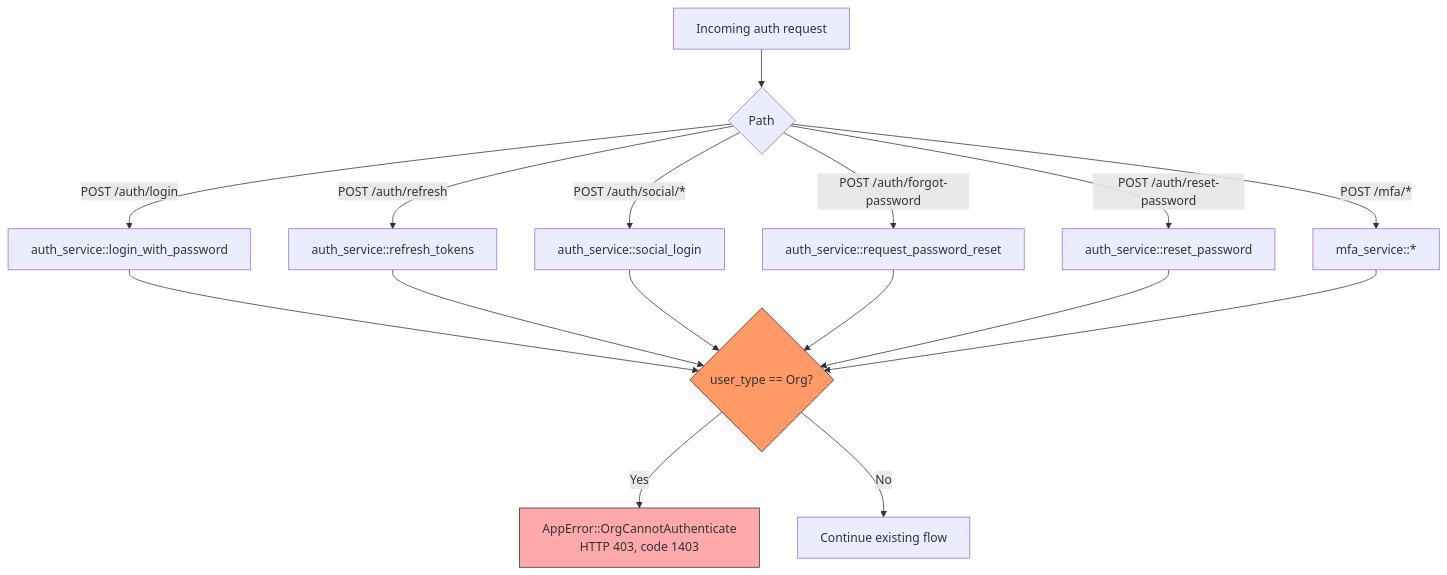
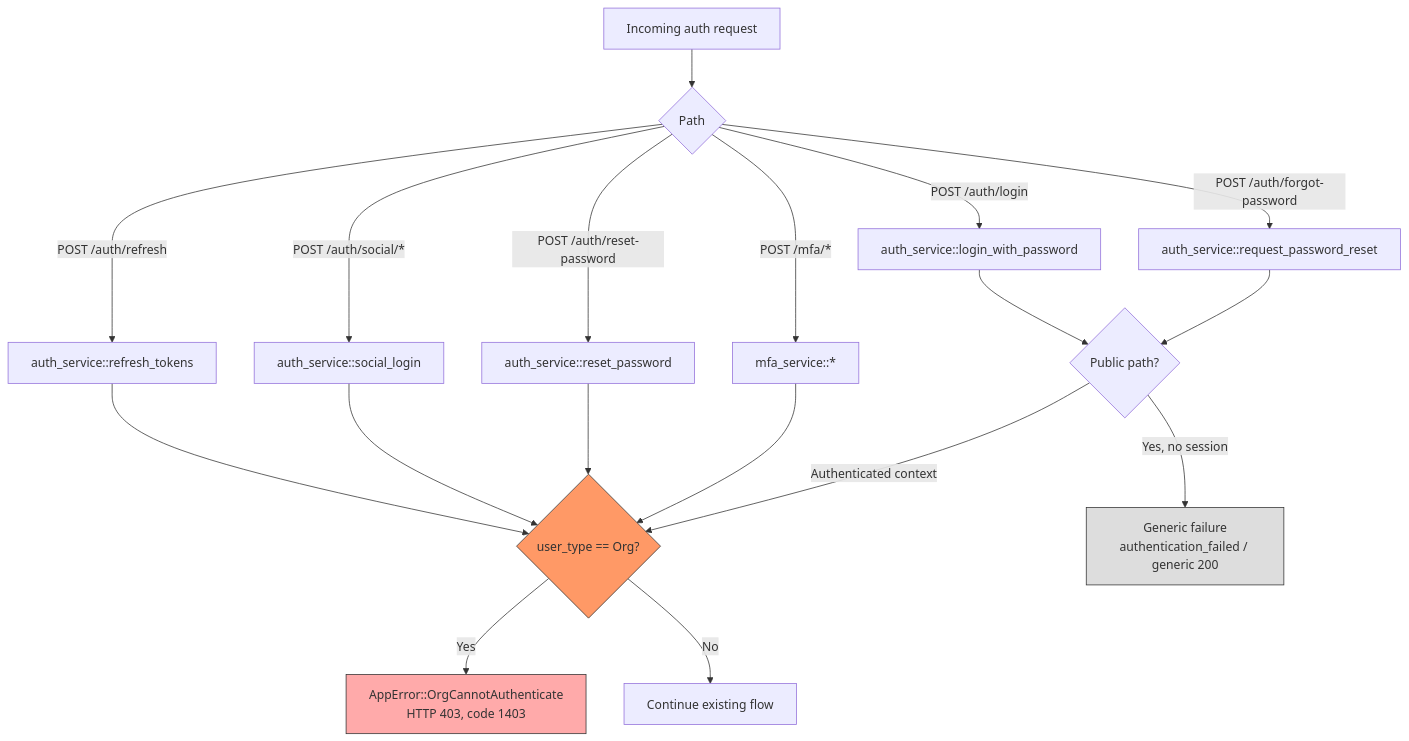
One commit to yonasBSD/NyxID changed the third of 4 diagrams in docs/ORG_MODEL.md. Above: the diagram before and after it, drawn with Mermaid. The commit also changed other lines of this file, not shown here.

First line of the commit message:
docs(orgs): clarify OrgCannotAuthenticate vs anti-enumeration (#424)

````diff
--- a/docs/ORG_MODEL.md
+++ b/docs/ORG_MODEL.md
@@ -204,23 +204,27 @@
 ```mermaid
 flowchart TD
     A[Incoming auth request] --> B{Path}
     B -->|POST /auth/login| C[auth_service::login_with_password]
     B -->|POST /auth/refresh| D[auth_service::refresh_tokens]
     B -->|POST /auth/social/*| E[auth_service::social_login]
     B -->|POST /auth/forgot-password| F[auth_service::request_password_reset]
     B -->|POST /auth/reset-password| G[auth_service::reset_password]
     B -->|POST /mfa/*| H[mfa_service::*]
 
-    C --> X{user_type == Org?}
+    C --> PUB{Public path?}
+    F --> PUB
     D --> X
     E --> X
-    F --> X
     G --> X
     H --> X
 
+    PUB -->|Yes, no session| GE[Generic failure<br/>authentication_failed / generic 200]
+    PUB -->|Authenticated context| X
+    X{user_type == Org?}
     X -->|Yes| R[AppError::OrgCannotAuthenticate<br/>HTTP 403, code 1403]
     X -->|No| OK[Continue existing flow]
 
     style X fill:#f96,stroke:#333
     style R fill:#faa,stroke:#333
+    style GE fill:#ddd,stroke:#333
 ```
````
